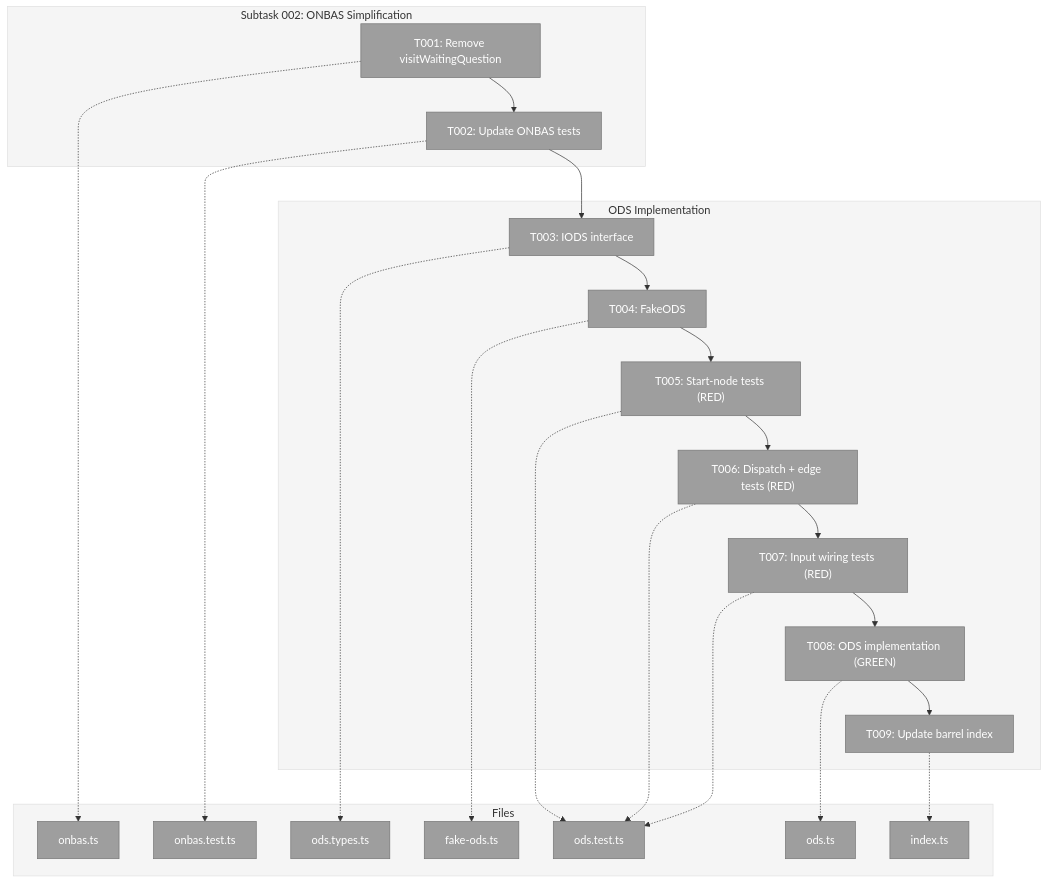
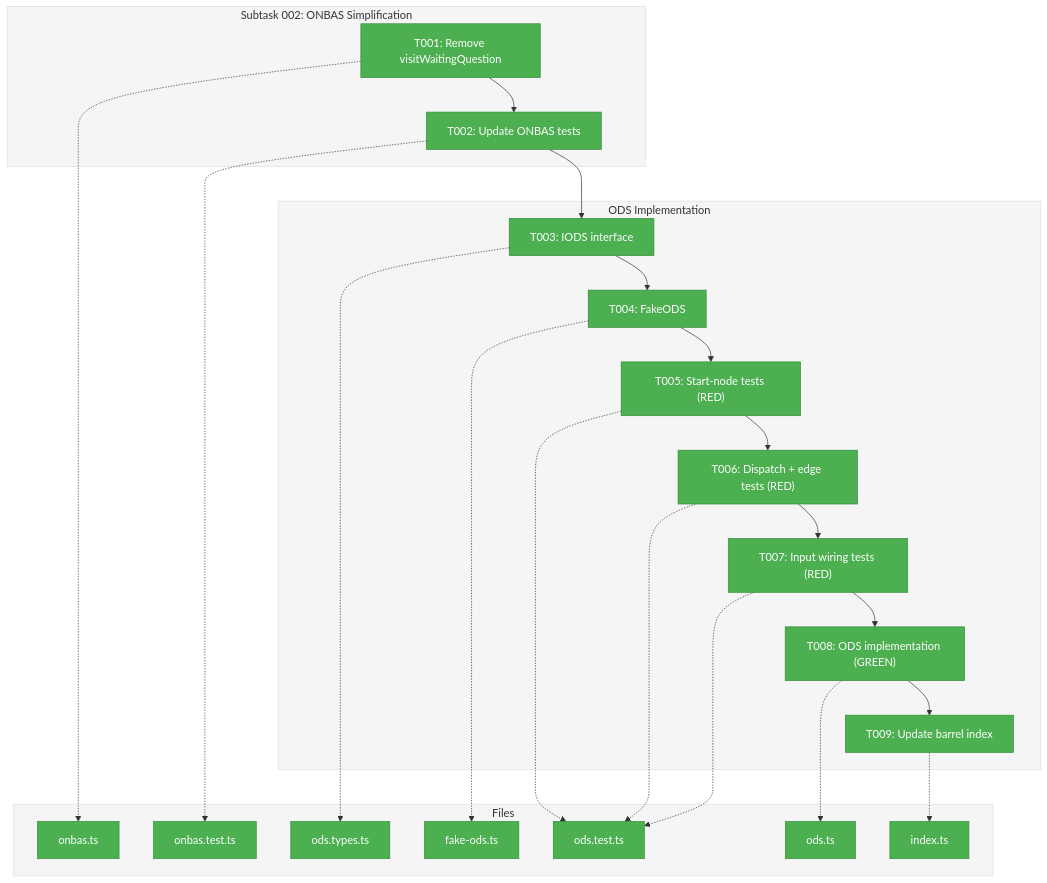
Before and after one commit to AI-Substrate/chainglass: the first of 3 diagrams in docs/plans/030-positional-orchestrator/tasks/phase-6-ods-action-handlers/tasks.md, drawn with Mermaid. The commit also changed other lines of this file and 13 other files, not shown here.

````diff
--- a/docs/plans/030-positional-orchestrator/tasks/phase-6-ods-action-handlers/tasks.md
+++ b/docs/plans/030-positional-orchestrator/tasks/phase-6-ods-action-handlers/tasks.md
@@ -135,56 +135,56 @@
 ```mermaid
 flowchart TD
     classDef pending fill:#9E9E9E,stroke:#757575,color:#fff
     classDef inprogress fill:#FF9800,stroke:#F57C00,color:#fff
     classDef completed fill:#4CAF50,stroke:#388E3C,color:#fff
     classDef blocked fill:#F44336,stroke:#D32F2F,color:#fff
 
     style Sub002 fill:#F5F5F5,stroke:#E0E0E0
     style ODS fill:#F5F5F5,stroke:#E0E0E0
     style Files fill:#F5F5F5,stroke:#E0E0E0
 
     subgraph Sub002["Subtask 002: ONBAS Simplification"]
-        T001["T001: Remove visitWaitingQuestion"]:::pending
-        T002["T002: Update ONBAS tests"]:::pending
+        T001["T001: Remove visitWaitingQuestion"]:::completed
+        T002["T002: Update ONBAS tests"]:::completed
         T001 --> T002
     end
 
     subgraph ODS["ODS Implementation"]
-        T003["T003: IODS interface"]:::pending
-        T004["T004: FakeODS"]:::pending
-        T005["T005: Start-node tests (RED)"]:::pending
-        T006["T006: Dispatch + edge tests (RED)"]:::pending
-        T007["T007: Input wiring tests (RED)"]:::pending
-        T008["T008: ODS implementation (GREEN)"]:::pending
-        T009["T009: Update barrel index"]:::pending
+        T003["T003: IODS interface"]:::completed
+        T004["T004: FakeODS"]:::completed
+        T005["T005: Start-node tests (RED)"]:::completed
+        T006["T006: Dispatch + edge tests (RED)"]:::completed
+        T007["T007: Input wiring tests (RED)"]:::completed
+        T008["T008: ODS implementation (GREEN)"]:::completed
+        T009["T009: Update barrel index"]:::completed
 
         T003 --> T004
         T004 --> T005
         T005 --> T006
         T006 --> T007
         T007 --> T008
         T008 --> T009
     end
 
     T002 --> T003
 
     subgraph Files["Files"]
-        F1["onbas.ts"]:::pending
-        F2["onbas.test.ts"]:::pending
-        F3["ods.types.ts"]:::pending
-        F4["fake-ods.ts"]:::pending
-        F5["ods.test.ts"]:::pending
-        F6["ods.ts"]:::pending
-        F7["index.ts"]:::pending
+        F1["onbas.ts"]:::completed
+        F2["onbas.test.ts"]:::completed
+        F3["ods.types.ts"]:::completed
+        F4["fake-ods.ts"]:::completed
+        F5["ods.test.ts"]:::completed
+        F6["ods.ts"]:::completed
+        F7["index.ts"]:::completed
     end
 
     T001 -.-> F1
     T002 -.-> F2
     T003 -.-> F3
     T004 -.-> F4
     T005 -.-> F5
     T006 -.-> F5
     T007 -.-> F5
     T008 -.-> F6
     T009 -.-> F7
 ```
````
